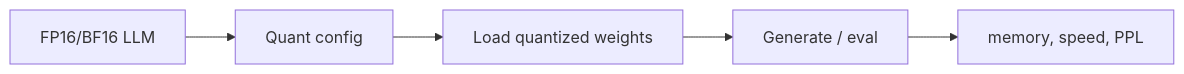
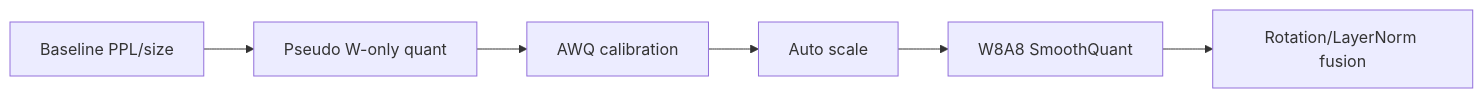
Before and after one commit to knowgyu/aisp: the diagram in study_notes/on_device_ai/practice/05_quantization_llm_practice_guide.md, drawn with Mermaid. The commit also changed other lines of this file and 10 other files, not shown here.

````diff
--- a/study_notes/on_device_ai/practice/05_quantization_llm_practice_guide.md
+++ b/study_notes/on_device_ai/practice/05_quantization_llm_practice_guide.md
@@ -6,4 +11,14 @@
 ```mermaid
 flowchart LR
-  A["FP16/BF16 LLM"] --> B["Quant config"] --> C["Load quantized weights"] --> D["Generate / eval"] --> E["memory, speed, PPL"]
+  A["Baseline PPL/size"]
+  B["Pseudo W-only quant"]
+  A --> B
+  C["AWQ calibration"]
+  B --> C
+  D["Auto scale"]
+  C --> D
+  E["W8A8 SmoothQuant"]
+  D --> E
+  F["Rotation/LayerNorm fusion"]
+  E --> F
 ```
````
